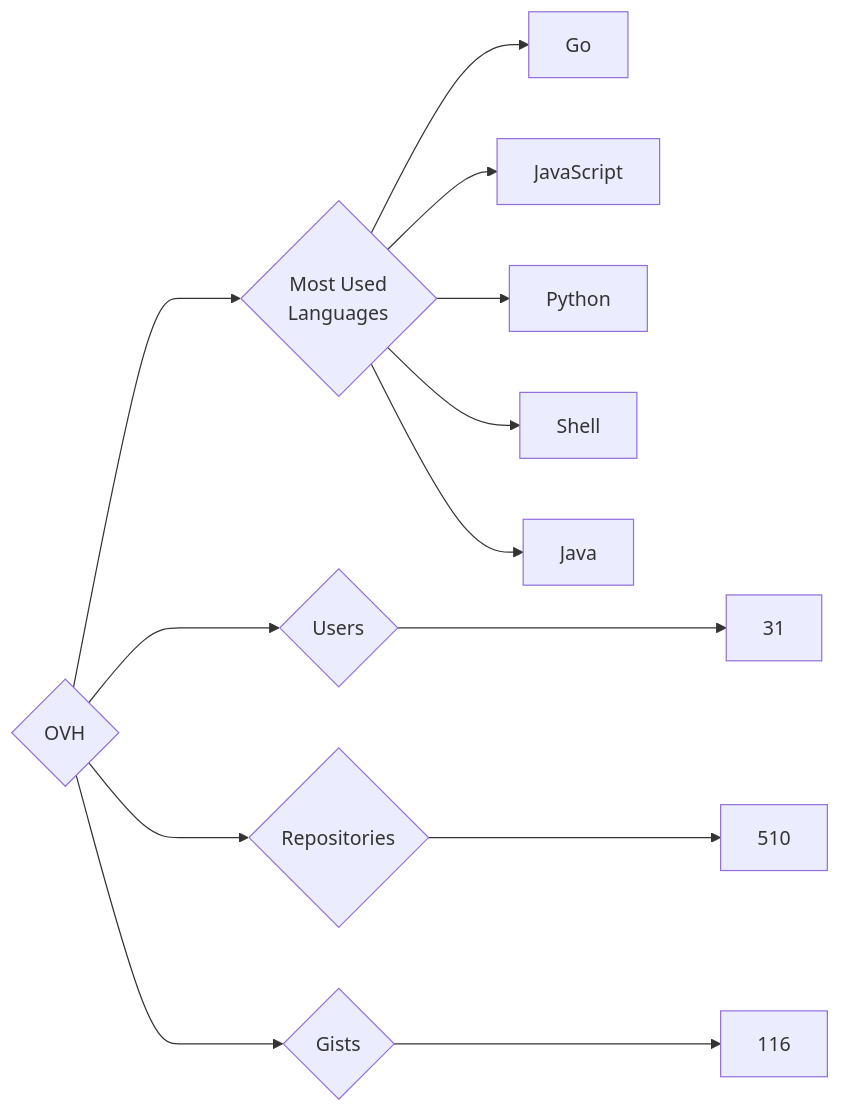
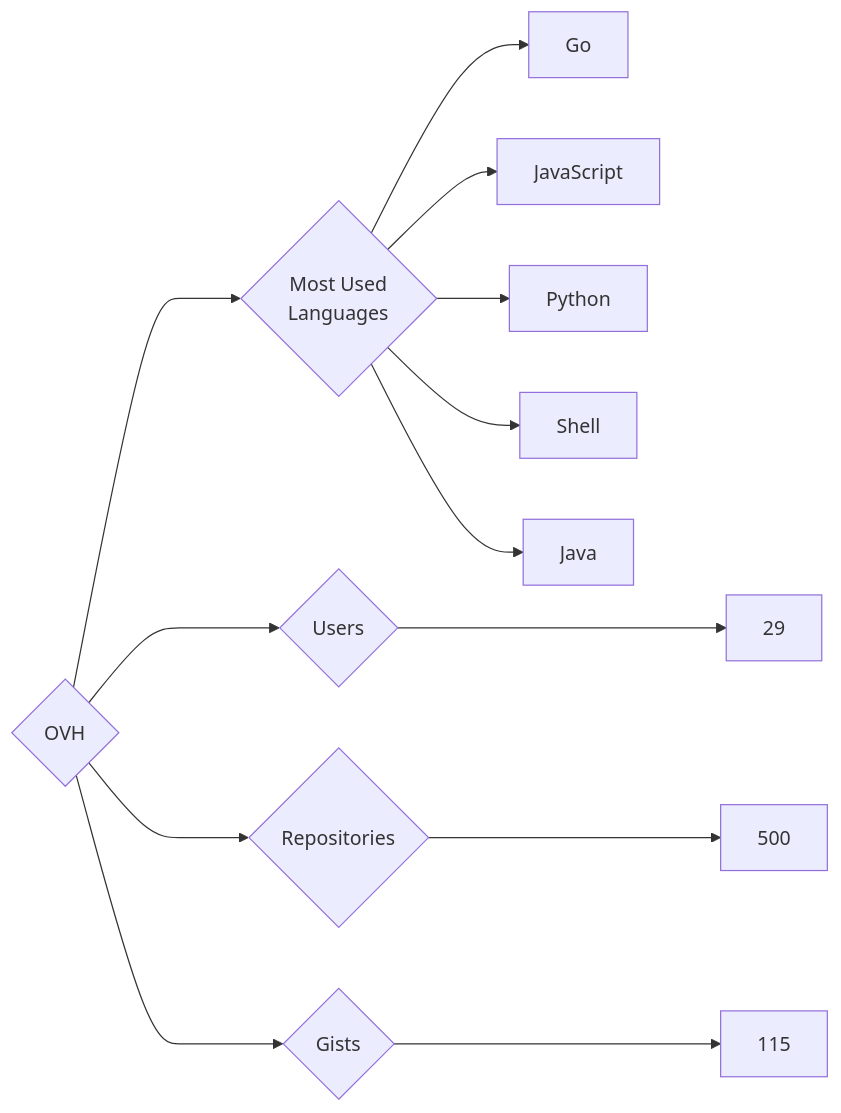
Before and after one commit to trickest/insiders: the diagram in targets/OVH/README.md, drawn with Mermaid. The commit also changed 1508 other files, not shown here.

````diff
--- a/targets/OVH/README.md
+++ b/targets/OVH/README.md
@@ -3,13 +3,13 @@
 ```mermaid
 graph LR
 COMPANY_NAME{OVH}
-COMPANY_NAME ---> U{Users} ---> UN[31]
-COMPANY_NAME ---> R{Repositories} ---> RN[510]
-COMPANY_NAME ---> G{Gists} ---> GN[116]
+COMPANY_NAME ---> U{Users} ---> UN[29]
+COMPANY_NAME ---> R{Repositories} ---> RN[500]
+COMPANY_NAME ---> G{Gists} ---> GN[115]
 COMPANY_NAME ---> ML{Most Used<br>Languages}
 ML --> Go[Go]
 ML --> JavaScript[JavaScript]
 ML --> Python[Python]
 ML --> Shell[Shell]
 ML --> Java[Java]
 ```
````
